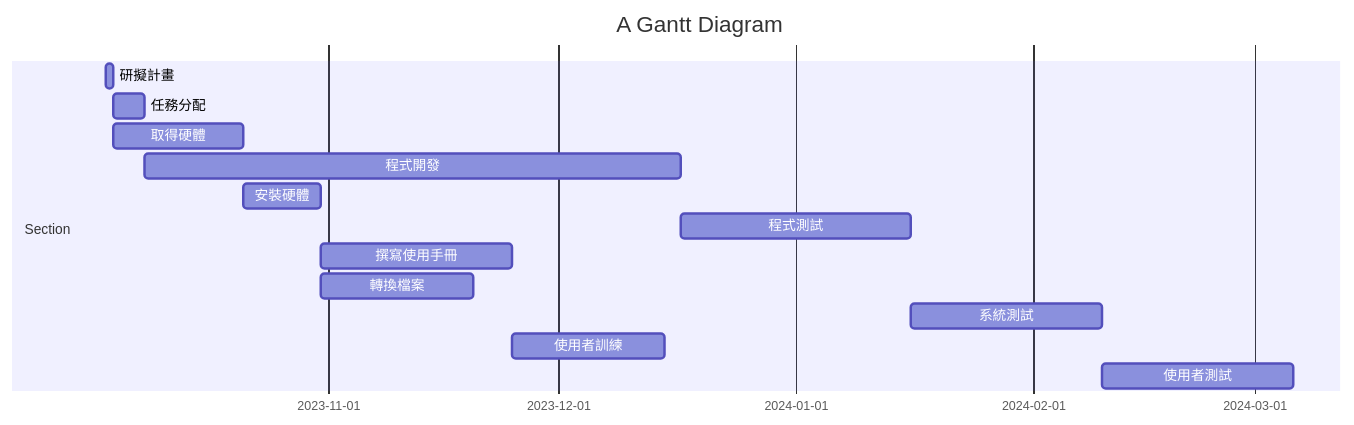
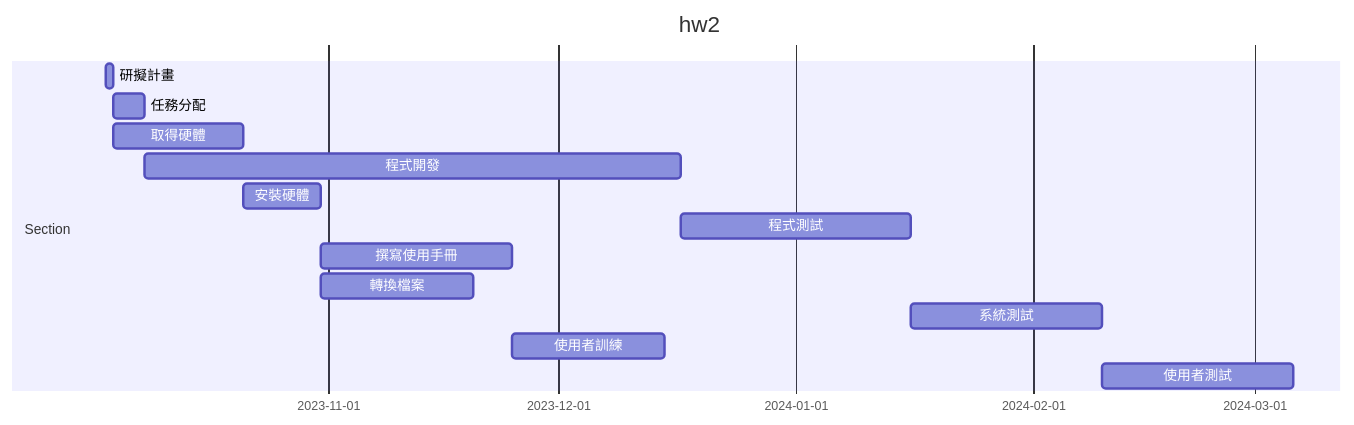
One commit to chang-chieh-ya/20230919 changed the first of 2 diagrams in hw2.md. Above: the diagram before and after it, drawn with Mermaid.

````diff
--- a/hw2.md
+++ b/hw2.md
@@ -5,18 +5,17 @@
 ```mermaid
 gantt
-    title A Gantt Diagram
-
+    title hw2
     section Section
     研擬計畫      :a1, 2023-10-03, 1d
     任務分配      :a2, after a1  , 4d
     取得硬體	 :a3 , after a1  , 17d
     程式開發      :a4 , after a2  , 70d
     安裝硬體      :a5 , after a3  , 10d
     程式測試      :a6 , after a4  , 30d
     撰寫使用手冊   :a7 , after a5  , 25d
     轉換檔案      :a8 , after a5  , 20d
     系統測試      :a9 , after a6  , 25d
     使用者訓練    :a10 , after a7 a8  , 20d
     使用者測試    :a11 , after a9 a10 , 25d
     
 ```
````
